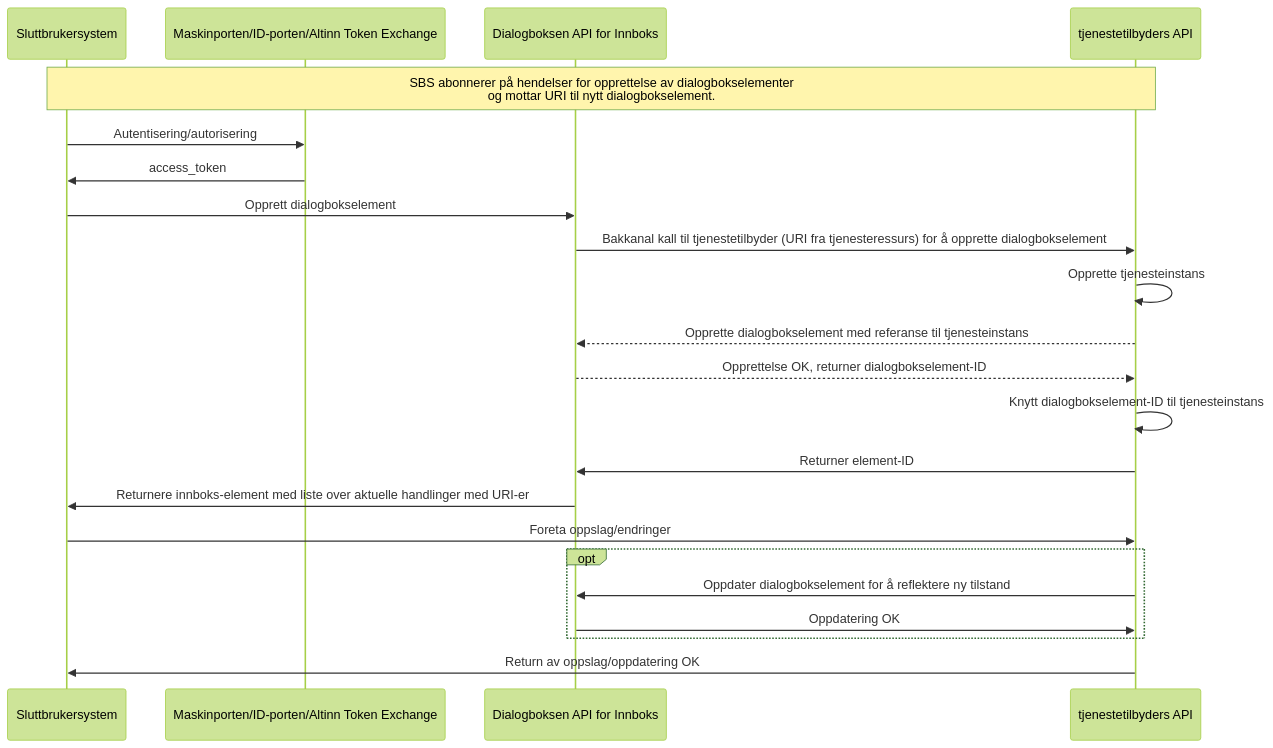
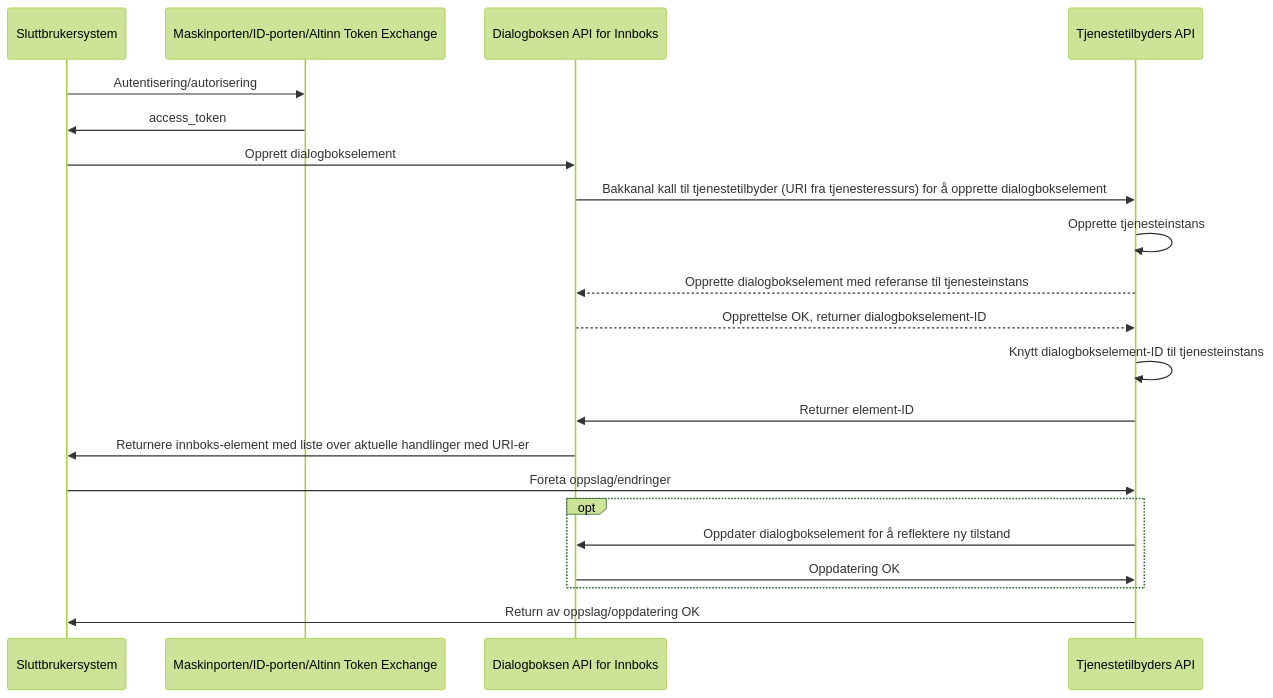
One commit to elsand/elsand.github.io changed the fifth of 6 diagrams in dialogporten.md. Above: the diagram before and after it, drawn with Mermaid (forest theme). The commit also changed other lines of this file, not shown here.

````diff
--- a/dialogporten.md
+++ b/dialogporten.md
@@ -373,24 +383,23 @@
 ```mermaid!
 sequenceDiagram
     participant SBS as Sluttbrukersystem
     participant EID as Maskinporten/ID-porten/Altinn Token Exchange
     participant API as Dialogboksen API for Innboks
-    participant TEAPI as tjenestetilbyders API
-note over SBS,TEAPI: SBS abonnerer på hendelser for opprettelse av dialogbokselementer<br>og mottar URI til nytt dialogbokselement.
+    participant TEAPI as Tjenestetilbyders API
 SBS->>EID: Autentisering/autorisering
 EID->>SBS: access_token
 SBS->>API: Opprett dialogbokselement
 API->>TEAPI: Bakkanal kall til tjenestetilbyder (URI fra tjenesteressurs) for å opprette dialogbokselement
 TEAPI->>TEAPI: Opprette tjenesteinstans
 TEAPI-->>API: Opprette dialogbokselement med referanse til tjenesteinstans
 API-->>TEAPI: Opprettelse OK, returner dialogbokselement-ID
 TEAPI->>TEAPI: Knytt dialogbokselement-ID til tjenesteinstans
 TEAPI->>API: Returner element-ID
 API->>SBS: Returnere innboks-element med liste over aktuelle handlinger med URI-er
 SBS->>TEAPI: Foreta oppslag/endringer
 opt
     TEAPI->>API: Oppdater dialogbokselement for å reflektere ny tilstand
     API->>TEAPI: Oppdatering OK
 end
 TEAPI->>SBS: Return av oppslag/oppdatering OK
 ```
````
